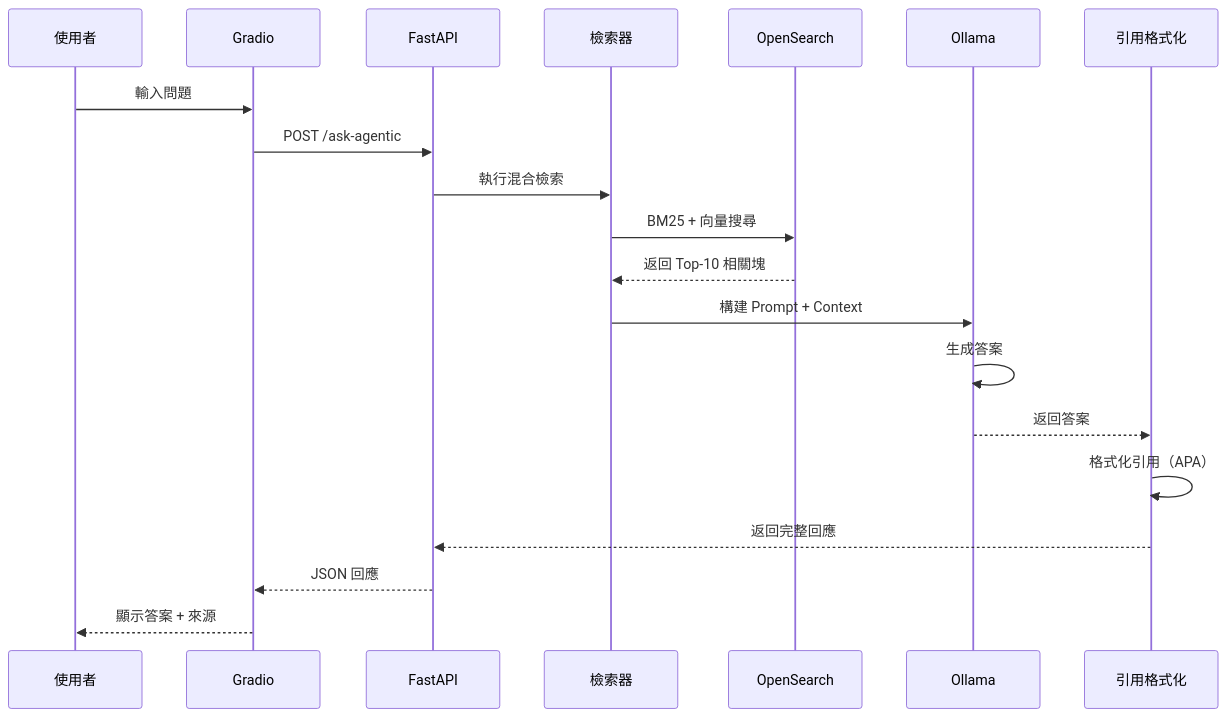
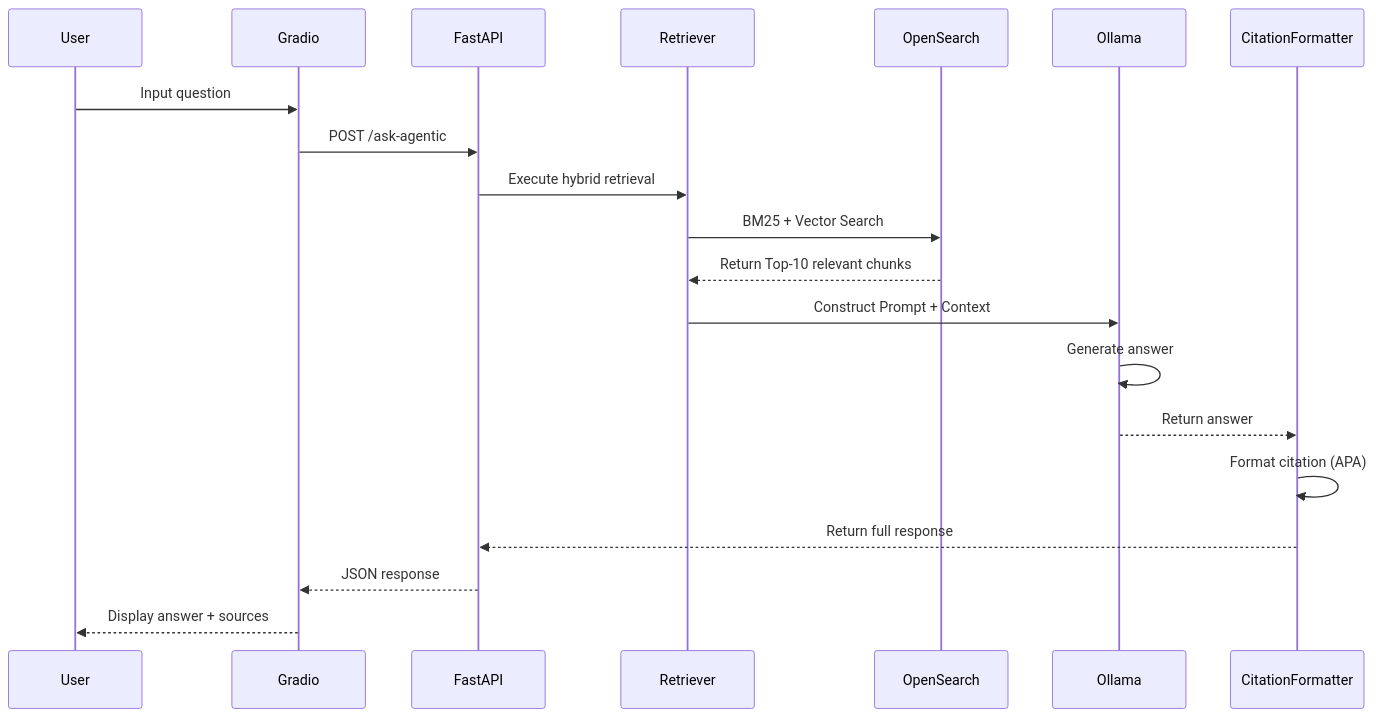
The fourth of 4 diagrams in docs/SYSTEM_OVERVIEW.md (hanssusansu/Ganoderma-Paper-RAG-System-), drawn with Mermaid before and after one commit. The commit also changed other lines of this file and 26 other files, not shown here.

````diff
--- a/docs/SYSTEM_OVERVIEW.md
+++ b/docs/SYSTEM_OVERVIEW.md
@@ -223,23 +223,23 @@
 ```mermaid
 sequenceDiagram
-    participant User as 使用者
+    participant User
     participant Gradio
     participant API as FastAPI
-    participant Retriever as 檢索器
+    participant Retriever
     participant OS as OpenSearch
     participant LLM as Ollama
-    participant Formatter as 引用格式化
+    participant Formatter as CitationFormatter
     
-    User->>Gradio: 輸入問題
+    User->>Gradio: Input question
     Gradio->>API: POST /ask-agentic
-    API->>Retriever: 執行混合檢索
-    Retriever->>OS: BM25 + 向量搜尋
-    OS-->>Retriever: 返回 Top-10 相關塊
-    Retriever->>LLM: 構建 Prompt + Context
-    LLM->>LLM: 生成答案
-    LLM-->>Formatter: 返回答案
-    Formatter->>Formatter: 格式化引用（APA）
-    Formatter-->>API: 返回完整回應
-    API-->>Gradio: JSON 回應
-    Gradio-->>User: 顯示答案 + 來源
+    API->>Retriever: Execute hybrid retrieval
+    Retriever->>OS: BM25 + Vector Search
+    OS-->>Retriever: Return Top-10 relevant chunks
+    Retriever->>LLM: Construct Prompt + Context
+    LLM->>LLM: Generate answer
+    LLM-->>Formatter: Return answer
+    Formatter->>Formatter: Format citation (APA)
+    Formatter-->>API: Return full response
+    API-->>Gradio: JSON response
+    Gradio-->>User: Display answer + sources
 ```
````
